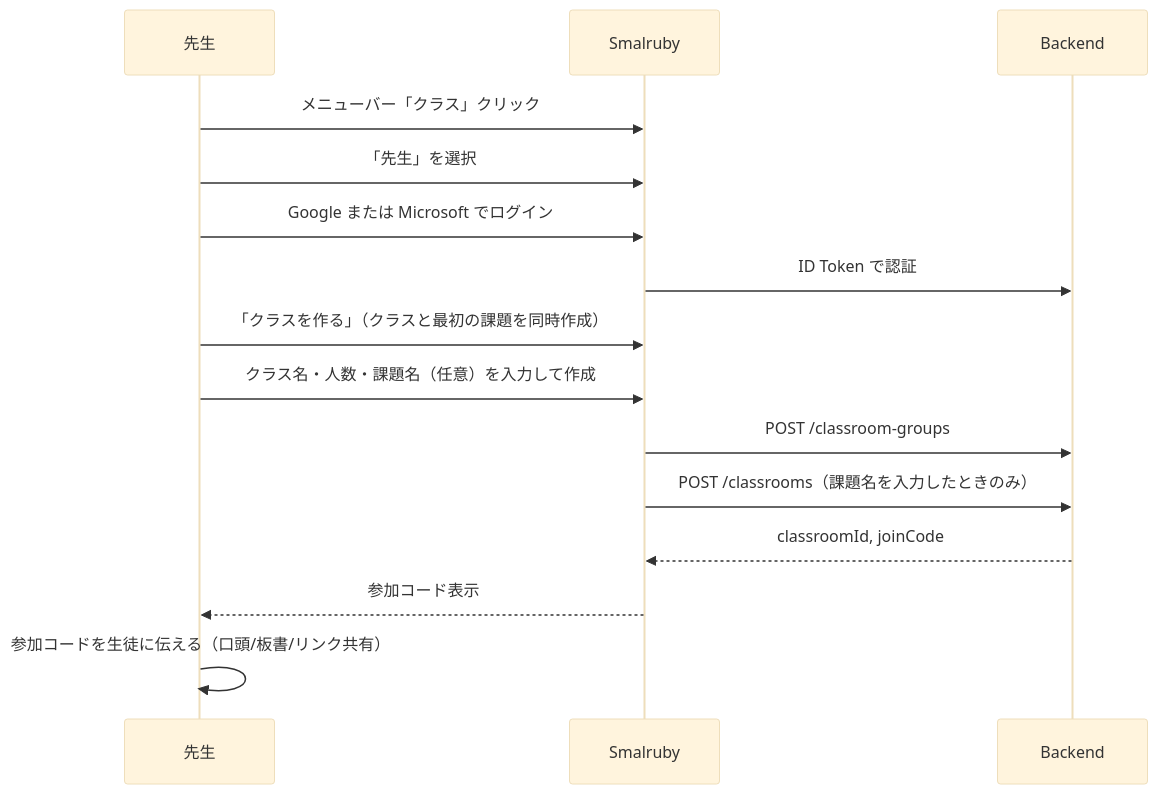
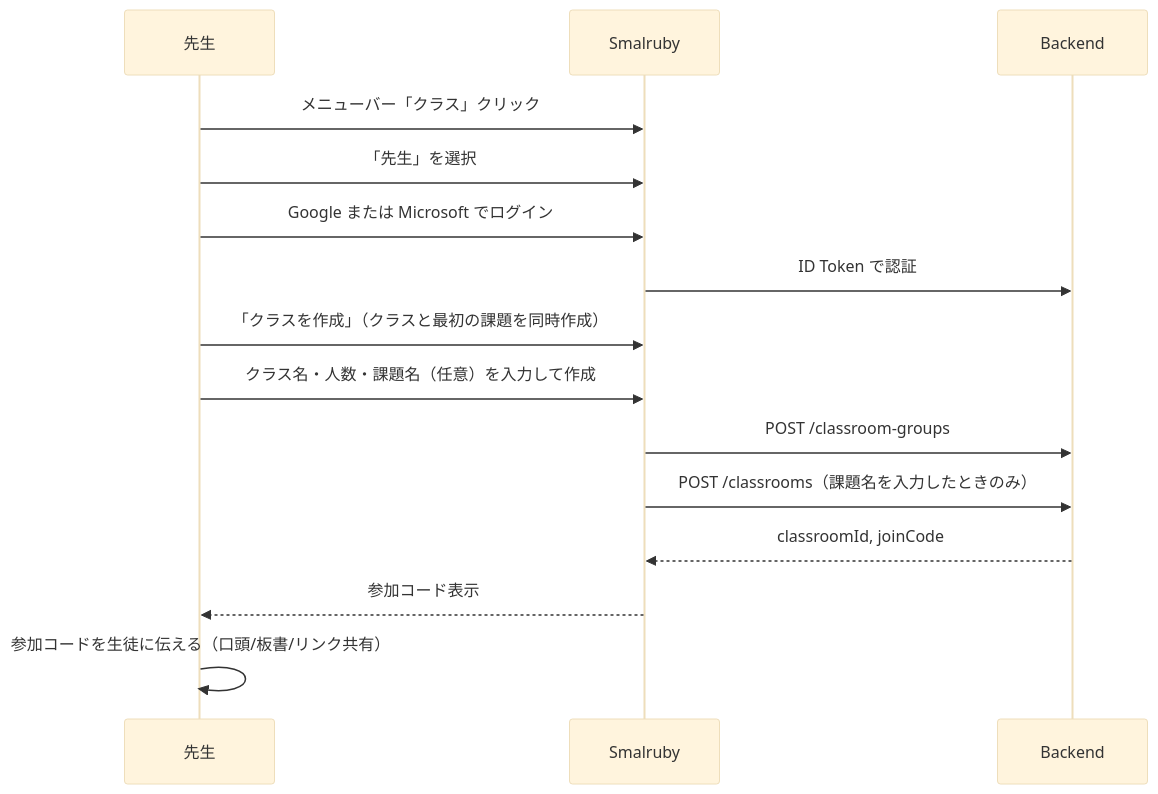
Before and after one commit to smalruby/smalruby3-editor: the first of 7 diagrams in docs/classroom/user-stories.md, drawn with Mermaid (base theme). The commit also changed other lines of this file and 21 other files, not shown here.

````diff
--- a/docs/classroom/user-stories.md
+++ b/docs/classroom/user-stories.md
@@ -27,18 +27,18 @@
 ```mermaid
 sequenceDiagram
     participant T as 先生
     participant UI as Smalruby
     participant API as Backend
 
     T->>UI: メニューバー「クラス」クリック
     T->>UI: 「先生」を選択
     T->>UI: Google または Microsoft でログイン
     UI->>API: ID Token で認証
-    T->>UI: 「クラスを作る」（クラスと最初の課題を同時作成）
+    T->>UI: 「クラスを作成」（クラスと最初の課題を同時作成）
     T->>UI: クラス名・人数・課題名（任意）を入力して作成
     UI->>API: POST /classroom-groups
     UI->>API: POST /classrooms（課題名を入力したときのみ）
     API-->>UI: classroomId, joinCode
     UI-->>T: 参加コード表示
     T->>T: 参加コードを生徒に伝える（口頭/板書/リンク共有）
 ```
````
